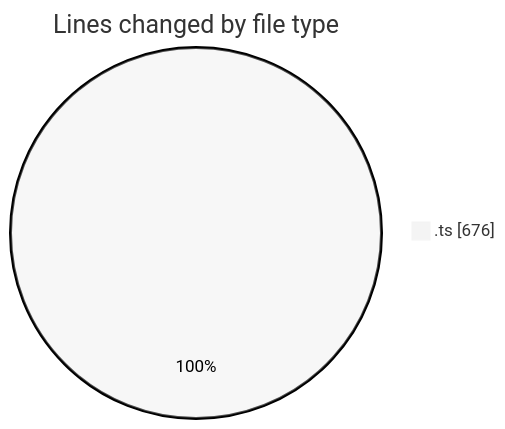
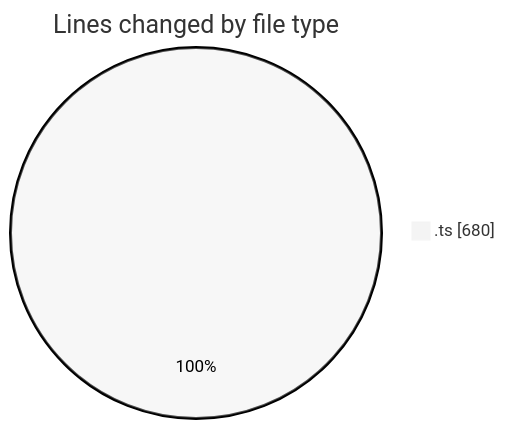
Before and after one commit to momahboobian/code-tracking: the first of 2 diagrams in 2025-06-26/cda/README.md, drawn with Mermaid (neutral theme). The commit also changed other lines of this file and 1 other file, not shown here.

````diff
--- a/2025-06-26/cda/README.md
+++ b/2025-06-26/cda/README.md
@@ -20,5 +20,5 @@
 ```mermaid
 pie showData
 title Lines changed by file type
-".ts" : 676
+".ts" : 680
 ```
````
